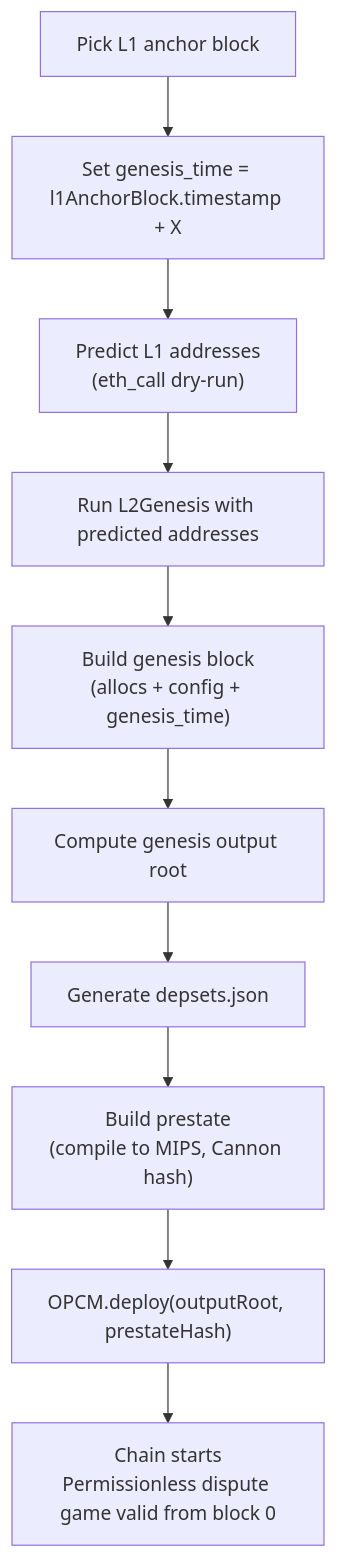
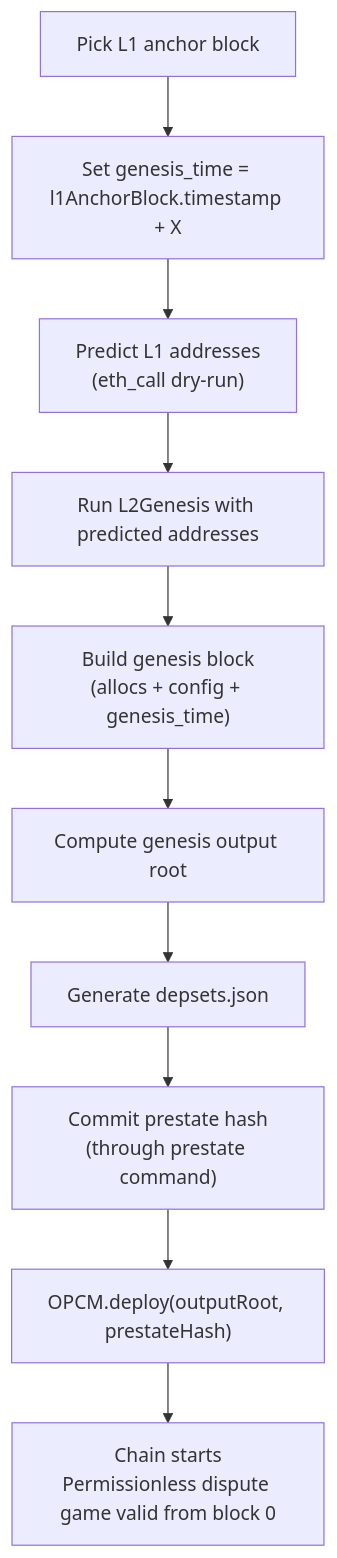
One commit to ethereum-optimism/design-docs changed the second of 4 diagrams in ecosystem/op-deployer/predictive-chain-deployments/pcd-design.md. Above: the diagram before and after it, drawn with Mermaid. The commit also changed other lines of this file and 1 other file, not shown here.

Commit message:
fix: prestate is built through monorepo's recipes

````diff
--- a/ecosystem/op-deployer/predictive-chain-deployments/pcd-design.md
+++ b/ecosystem/op-deployer/predictive-chain-deployments/pcd-design.md
@@ -78,12 +78,12 @@
 ```mermaid
 flowchart TD
     A["Pick L1 anchor block"] --> B["Set genesis_time = l1AnchorBlock.timestamp + X"]
     B --> C["Predict L1 addresses</br>(eth_call dry-run)"]
     C --> D["Run L2Genesis with predicted addresses"]
     D --> E["Build genesis block</br>(allocs + config + genesis_time)"]
     E --> F["Compute genesis output root"]
     F --> G["Generate depsets.json"]
-    G --> H["Build prestate</br>(compile to MIPS, Cannon hash)"]
+    G --> H["Commit prestate hash</br>(through prestate command)"]
     H --> I["OPCM.deploy(outputRoot, prestateHash)"]
     I --> J["Chain starts</br>Permissionless dispute game valid from block 0"]
 ```
````
